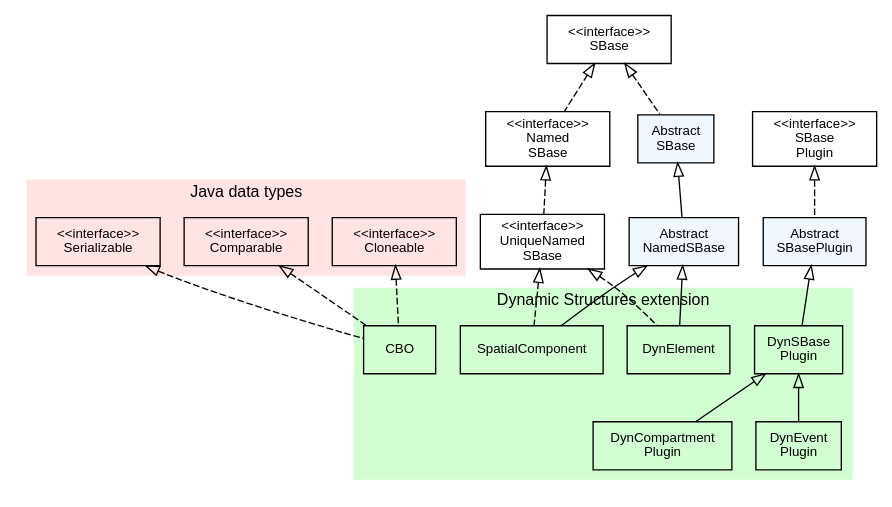
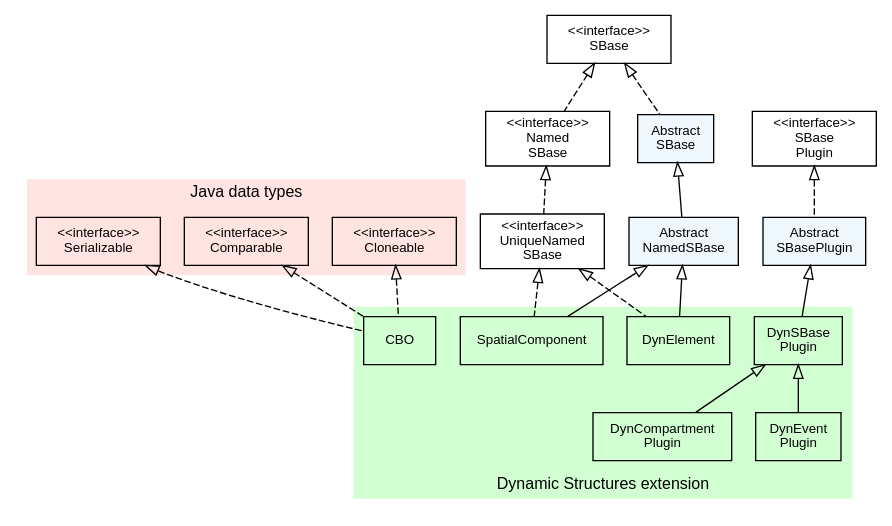
One commit to sbmlteam/jsbml changed the diagram in extensions/dyn/doc/img/type_hierarchy.dot. Above: the diagram before and after it, drawn with Graphviz. The commit also changed 9 other files, not shown here.

```diff
--- a/extensions/dyn/doc/img/type_hierarchy.dot
+++ b/extensions/dyn/doc/img/type_hierarchy.dot
@@ -1,113 +1,113 @@
 #!/usr/local/bin/dot
 #
 # dot -Tpdf type_hierarchy.dot -otype_hierarchy.pdf && acroread type_hierarchy.pdf &
 # dot -Tpng type_hierarchy.dot -otype_hierarchy.png
 #
 # $Id: type_hierarchy.dot 
 # $URL$
 
 /*
  * Overview of the dynamic structures extension type hierarchy
  */
  
 
 strict digraph G{
 
 	 nodesep=0.25;
  	ranksep=0.5;
 
 	 edge [
 	   fontname="Helvetica",
 	   fontsize=10,
  	  labelfontname="Helvetica",
 	   labelfontsize=10
 	 ];
 	 node [
 	   fontname="Helvetica",
 	   fontsize=10,
 	   shape=box
  	];
  	
    /*******************
    * Java base types *
    *******************/
 
   subgraph clusterJava {
     fontname="Helvetica";
     fontsize=12;
     style="filled";
     fillcolor="#FFE4E1"
     color="#ffffff"
     label="Java data types";
     labelloc=t;
     labeljust=c;
 
     // Interfaces
     Cloneable                              [label="<<interface>>\nCloneable"];
     Comparable                             [label="<<interface>>\nComparable"];
     Serializable                           [label="<<interface>>\nSerializable"];
   }
   
   subgraph clusterDyn {
     fontname="Helvetica";
     fontsize=12;
     style="filled";
     fillcolor="#d2ffd2"
     color="#ffffff"
     label="Dynamic Structures extension";
-    labelloc=t;
+    labelloc=b;
     labeljust=c;
 
     // Objects
     DynSBasePlugin 								 [label="DynSBase\nPlugin"];
     DynCompartmentPlugin                         [label="DynCompartment\nPlugin"];
     DynEventPlugin                         		 [label="DynEvent\nPlugin"];
 	CBO 										 [label="CBO"];
 	DynElement 									 [label="DynElement"];
 	SpatialComponent 							 [label="SpatialComponent"];
   
     /*
      * Inheritance graph
      */
      DynSBasePlugin  -> DynCompartmentPlugin   [dir=back,arrowtail=empty];
      DynSBasePlugin  -> DynEventPlugin         [dir=back,arrowtail=empty];
   }
   
    /*******************
    * SBML data types *
    *******************/
   
  	/*
  	 * Interfaces
  	 */
  	
  	SBase                                    [label="<<interface>>\nSBase"];
  	NamedSBase				                 [label="<<interface>>\nNamed\nSBase"];
  	UniqueNamedSBase                         [label="<<interface>>\nUniqueNamed\nSBase"]; 
 	SBasePlugin			                 	 [label="<<interface>>\nSBase\nPlugin"];
    	
    /*
    * Abstract data types
    */
  	AbstractSBase                            [label="Abstract\nSBase", style="filled", fillcolor="#F0F8FF"];
 	AbstractNamedSBase                       [label="Abstract\nNamedSBase", style="filled", fillcolor="#F0F8FF"];
 	AbstractSBasePlugin                      [label="Abstract\nSBasePlugin", style="filled", fillcolor="#F0F8FF"];
   
      /*
      * Inheritance graph
      */
      Cloneable  			-> CBO   					 [dir=back,arrowtail=empty,style=dashed];
      Comparable  			-> CBO      	     		 [dir=back,arrowtail=empty,style=dashed];
 	 Serializable  			-> CBO  			 		 [dir=back,arrowtail=empty,style=dashed];
 	 SBasePlugin     		-> AbstractSBasePlugin       [dir=back,arrowtail=empty,style=dashed];
 	 AbstractSBasePlugin    -> DynSBasePlugin   		 [dir=back,arrowtail=empty];
 	 AbstractNamedSBase		-> DynElement				 [dir=back,arrowtail=empty];
      AbstractNamedSBase		-> SpatialComponent			 [dir=back,arrowtail=empty];
 	 UniqueNamedSBase		-> DynElement				 [dir=back,arrowtail=empty,style=dashed];
      UniqueNamedSBase		-> SpatialComponent			 [dir=back,arrowtail=empty,style=dashed];
 	 AbstractSBase		    -> AbstractNamedSBase	     [dir=back,arrowtail=empty];
 	 SBase		            -> AbstractSBase	         [dir=back,arrowtail=empty,style=dashed];
 	 NamedSBase		        -> UniqueNamedSBase			 [dir=back,arrowtail=empty,style=dashed];
 	 SBase		            -> NamedSBase	         [dir=back,arrowtail=empty,style=dashed];
 	 
 }
```
